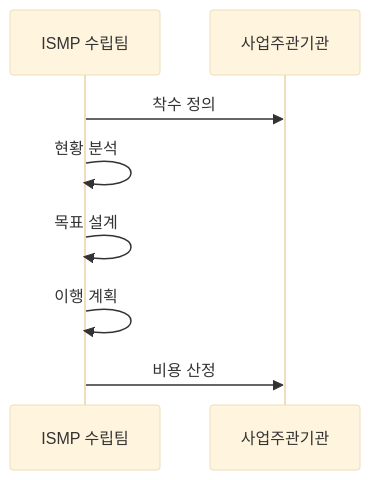
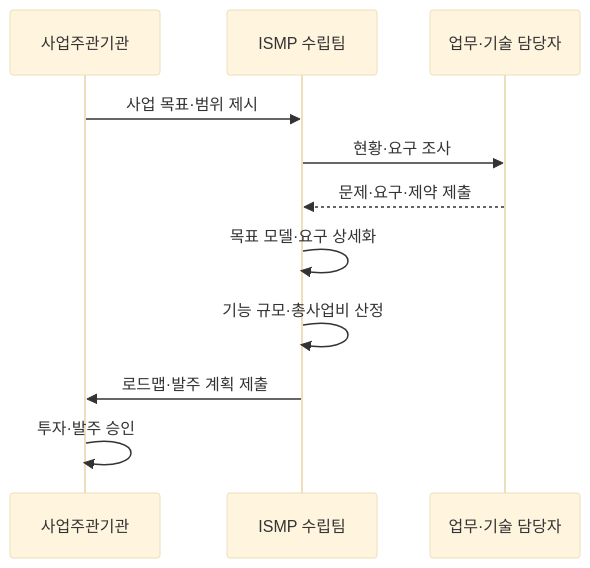
One commit to agnusdei1207/knowledge-base changed the second of 2 diagrams in src/content/docs/notes/03-software/187_ismp.md. Above: the diagram before and after it, drawn with Mermaid (base theme). The commit also changed other lines of this file and 7 other files, not shown here.

````diff
--- a/src/content/docs/notes/03-software/187_ismp.md
+++ b/src/content/docs/notes/03-software/187_ismp.md
@@ -67,10 +75,13 @@
 ```mermaid
 sequenceDiagram
+    participant O as 사업주관기관
     participant T as ISMP 수립팀
-    participant O as 사업주관기관
-    T->>O: 착수 정의
-    T->>T: 현황 분석
-    T->>T: 목표 설계
-    T->>T: 이행 계획
-    T->>O: 비용 산정
+    participant U as 업무·기술 담당자
+    O->>T: 사업 목표·범위 제시
+    T->>U: 현황·요구 조사
+    U-->>T: 문제·요구·제약 제출
+    T->>T: 목표 모델·요구 상세화
+    T->>T: 기능 규모·총사업비 산정
+    T->>O: 로드맵·발주 계획 제출
+    O->>O: 투자·발주 승인
 ```
````
